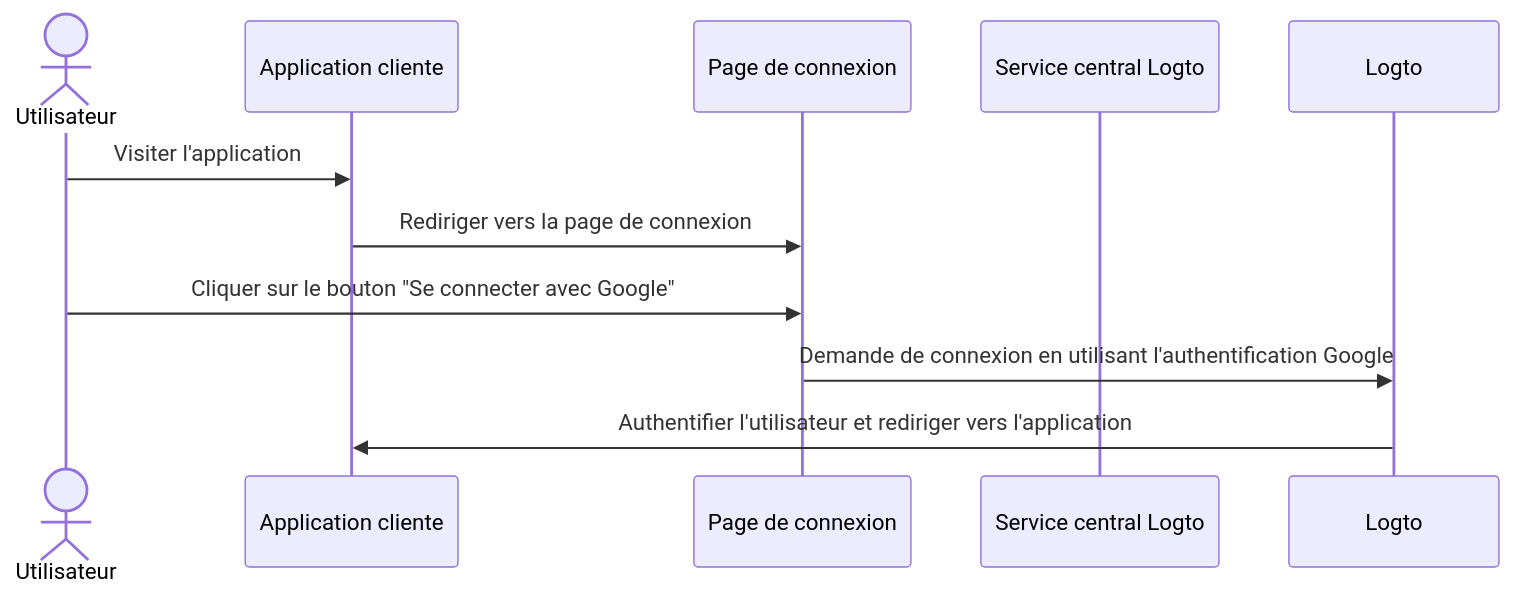
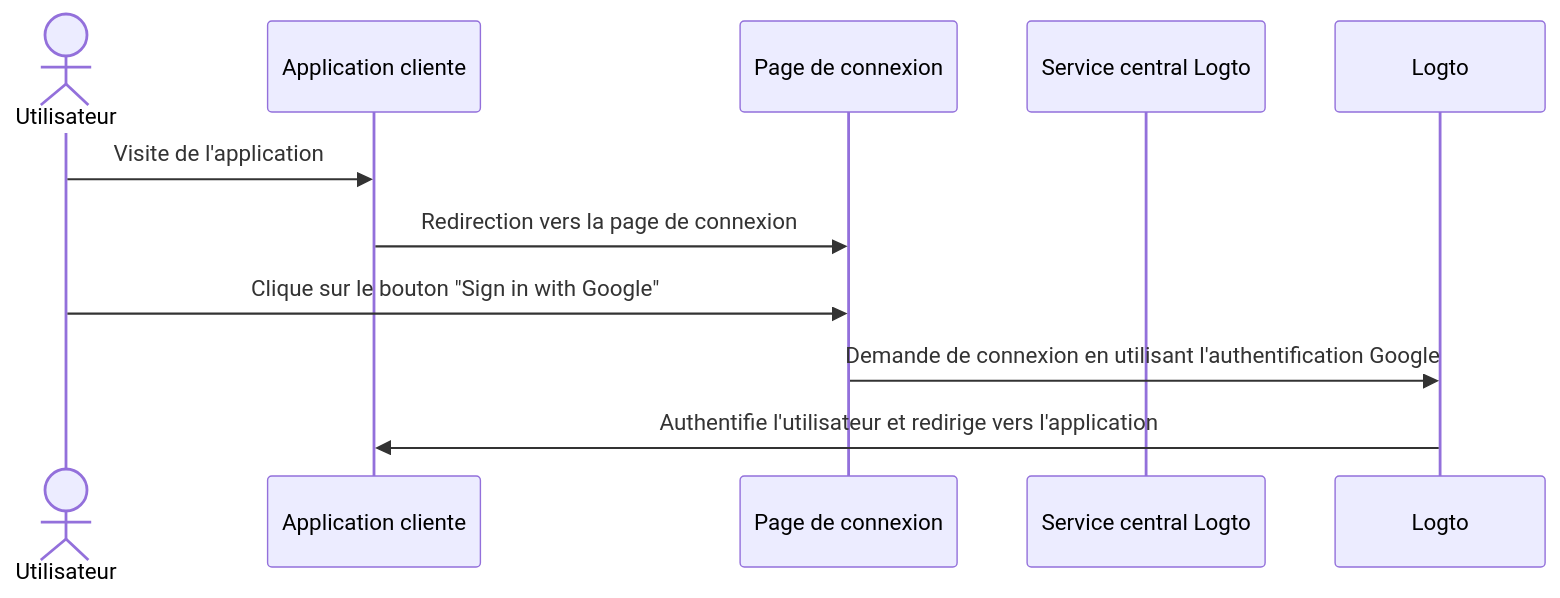
The second of 5 diagrams in i18n/fr/docusaurus-plugin-content-docs/current/end-user-flows/sign-up-and-sign-in/social-sign-in.mdx (logto-io/docs), drawn with Mermaid before and after one commit. The commit also changed other lines of this file and 234 other files, not shown here.

````diff
--- a/i18n/fr/docusaurus-plugin-content-docs/current/end-user-flows/sign-up-and-sign-in/social-sign-in.mdx
+++ b/i18n/fr/docusaurus-plugin-content-docs/current/end-user-flows/sign-up-and-sign-in/social-sign-in.mdx
@@ -72,13 +72,13 @@
 ```mermaid
 sequenceDiagram
 actor user as Utilisateur
     participant app as Application cliente
     participant experience as Page de connexion
     participant logto as Service central Logto
 
-    user->>app: Visiter l'application
-    app->>experience: Rediriger vers la page de connexion
-    user->>experience: Cliquer sur le bouton "Se connecter avec Google"
+    user->>app: Visite de l'application
+    app->>experience: Redirection vers la page de connexion
+    user->>experience: Clique sur le bouton "Sign in with Google"
     experience->>Logto: Demande de connexion en utilisant l'authentification Google
-    Logto->>app: Authentifier l'utilisateur et rediriger vers l'application
+    Logto->>app: Authentifie l'utilisateur et redirige vers l'application
 ```
````
